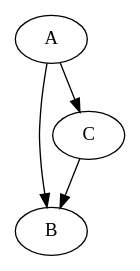
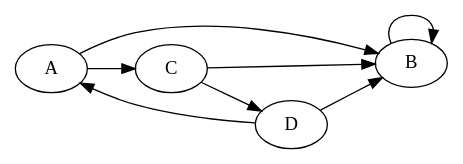
Before and after one commit to athanclark/usmc-presentation-databases-20251204: the diagram in presentation.md, drawn with Graphviz. The commit also changed other lines of this file and 1 other file, not shown here.

````diff
--- a/presentation.md
+++ b/presentation.md
@@ -201,7 +214,12 @@
 ```dot
 digraph D {
+  rankdir=LR
   A -> B
   A -> C
   C -> B
+  C -> D
+  D -> A
+  D -> B
+  B -> B
 }
 ```
````
